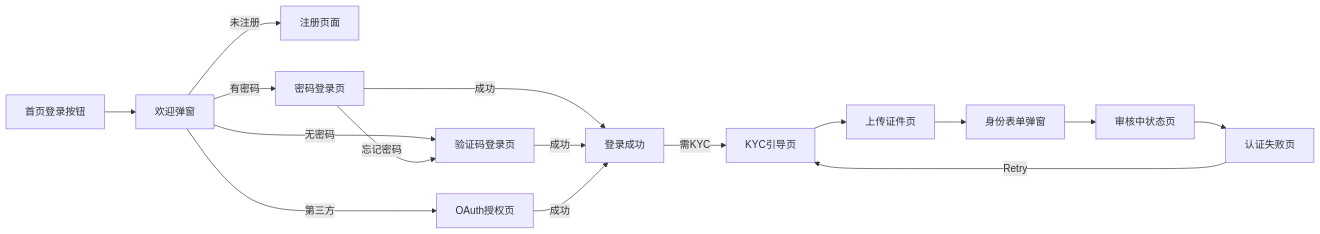
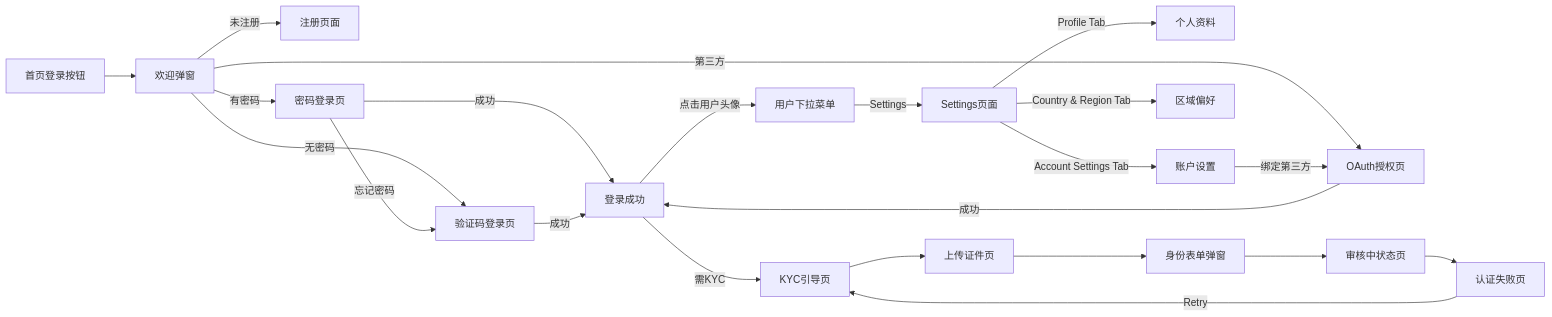
Before and after one commit to jiadan-user/jiacangku: the second of 3 diagrams in bundled/knowledge_base/业务知识图谱/用户业务域/用户业务全景.md, drawn with Mermaid. The commit also changed other lines of this file and 13 other files, not shown here.

````diff
--- a/bundled/knowledge_base/业务知识图谱/用户业务域/用户业务全景.md
+++ b/bundled/knowledge_base/业务知识图谱/用户业务域/用户业务全景.md
@@ -148,18 +205,24 @@
 ```mermaid
 graph LR
     LoginBtn[首页登录按钮] --> Welcome[欢迎弹窗]
     Welcome -->|未注册| Register[注册页面]
     Welcome -->|有密码| Password[密码登录页]
     Welcome -->|无密码| Code[验证码登录页]
     Welcome -->|第三方| OAuth[OAuth授权页]
     Password -->|忘记密码| Code
     Password -->|成功| Success[登录成功]
     Code -->|成功| Success
     OAuth -->|成功| Success
+    Success -->|点击用户头像| UserMenu[用户下拉菜单]
+    UserMenu -->|Settings| SettingsPage[Settings页面]
+    SettingsPage -->|Profile Tab| Profile[个人资料]
+    SettingsPage -->|Account Settings Tab| Account[账户设置]
+    SettingsPage -->|Country & Region Tab| Region[区域偏好]
+    Account -->|绑定第三方| OAuth
     Success -->|需KYC| Guide[KYC引导页]
     Guide --> Upload[上传证件页]
     Upload --> Form[身份表单弹窗]
     Form --> Verifying[审核中状态页]
     Verifying --> Failed[认证失败页]
     Failed -->|Retry| Guide
 ```
````
